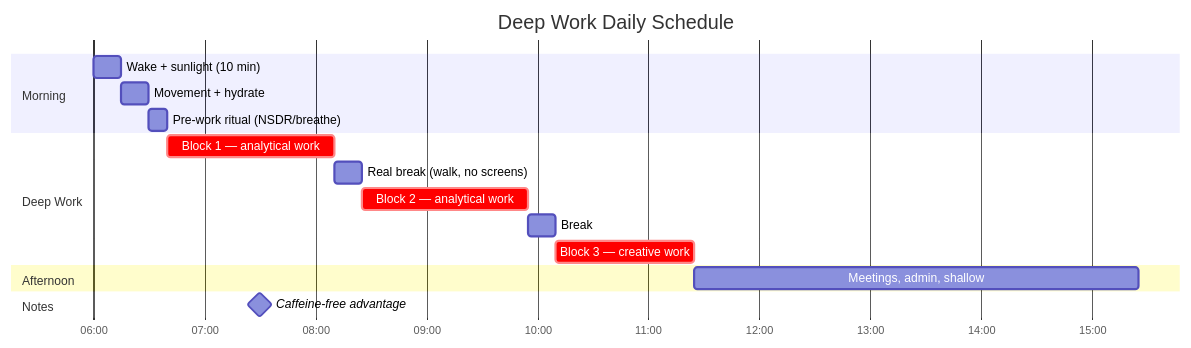
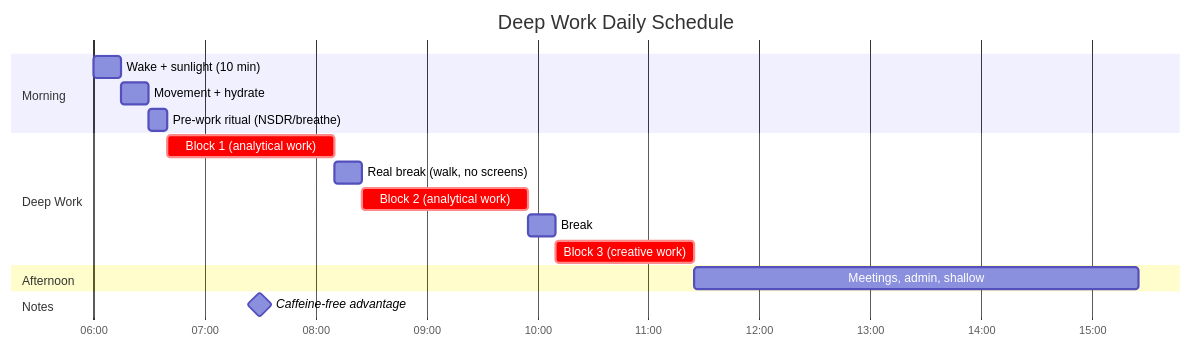
One commit to Cyvid7-Darus10/peak-self changed the tenth of 10 diagrams in focus/flow-state-protocol.md. Above: the diagram before and after it, drawn with Mermaid. The commit also changed other lines of this file and 12 other files, not shown here.

````diff
--- a/focus/flow-state-protocol.md
+++ b/focus/flow-state-protocol.md
@@ -289,20 +278,20 @@
 ```mermaid
 gantt
     title Deep Work Daily Schedule
     dateFormat HH:mm
     axisFormat %H:%M
     section Morning
         Wake + sunlight (10 min)      :06:00, 15m
         Movement + hydrate             :06:15, 15m
         Pre-work ritual (NSDR/breathe) :06:30, 10m
     section Deep Work
-        Block 1 — analytical work     :crit, 06:40, 90m
+        Block 1 (analytical work)      :crit, 06:40, 90m
         Real break (walk, no screens)  :08:10, 15m
-        Block 2 — analytical work     :crit, 08:25, 90m
+        Block 2 (analytical work)      :crit, 08:25, 90m
         Break                          :09:55, 15m
-        Block 3 — creative work       :crit, 10:10, 75m
+        Block 3 (creative work)        :crit, 10:10, 75m
     section Afternoon
         Meetings, admin, shallow       :11:25, 240m
     section Notes
         Caffeine-free advantage         :milestone, 07:30, 0m
 ```
````
